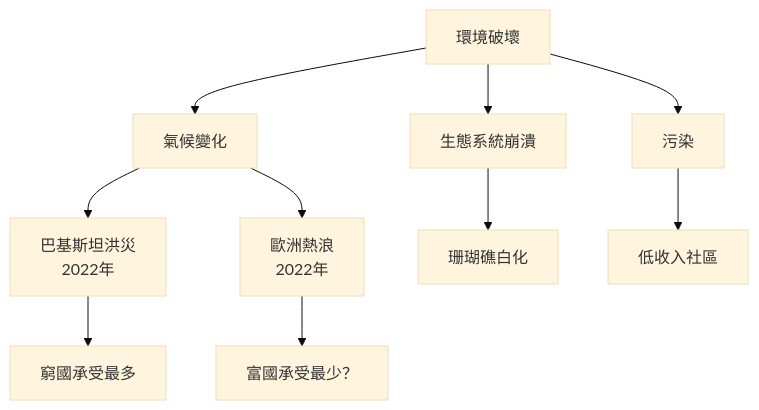
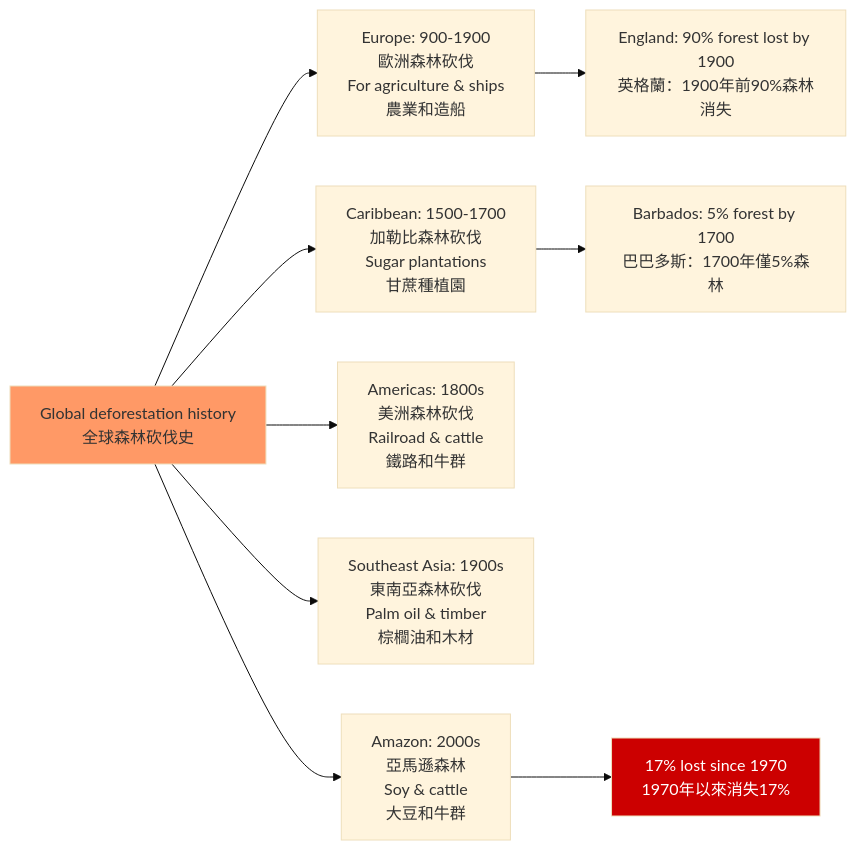
Before and after one commit to yip-lgtm/HKU-Harvard-History-Self-Study: the second of 3 diagrams in 01_HKU_Courses/HIST2215_Global_Environmental_History.md, drawn with Mermaid (base theme). The commit also changed other lines of this file and 25 other files, not shown here.

````diff
--- a/01_HKU_Courses/HIST2215_Global_Environmental_History.md
+++ b/01_HKU_Courses/HIST2215_Global_Environmental_History.md
@@ -204,12 +83,15 @@
 ```mermaid
-flowchart TD
-    A[環境破壞] --> B[氣候變化]
-    A --> C[生態系統崩潰]
-    A --> D[污染]
-    B --> E[巴基斯坦洪災<br/>2022年]
-    B --> F[歐洲熱浪<br/>2022年]
-    C --> G[珊瑚礁白化]
-    D --> H[低收入社區]
-    E --> I[窮國承受最多]
-    F --> J[富國承受最少？]
+graph LR
+    A[Global deforestation history<br/>全球森林砍伐史] --> B[Europe: 900-1900<br/>歐洲森林砍伐<br/>For agriculture & ships<br/>農業和造船]
+    A --> C[Caribbean: 1500-1700<br/>加勒比森林砍伐<br/>Sugar plantations<br/>甘蔗種植園]
+    A --> D[Americas: 1800s<br/>美洲森林砍伐<br/>Railroad & cattle<br/>鐵路和牛群]
+    A --> E[Southeast Asia: 1900s<br/>東南亞森林砍伐<br/>Palm oil & timber<br/>棕櫚油和木材]
+    A --> F[Amazon: 2000s<br/>亞馬遜森林<br/>Soy & cattle<br/>大豆和牛群]
+    
+    B --> B1[England: 90% forest lost by 1900<br/>英格蘭：1900年前90%森林消失]
+    C --> C1[Barbados: 5% forest by 1700<br/>巴巴多斯：1700年僅5%森林]
+    F --> F1[17% lost since 1970<br/>1970年以來消失17%]
+    
+    style A fill:#f96
+    style F1 fill:#c00,color:#fff
 ```
````
